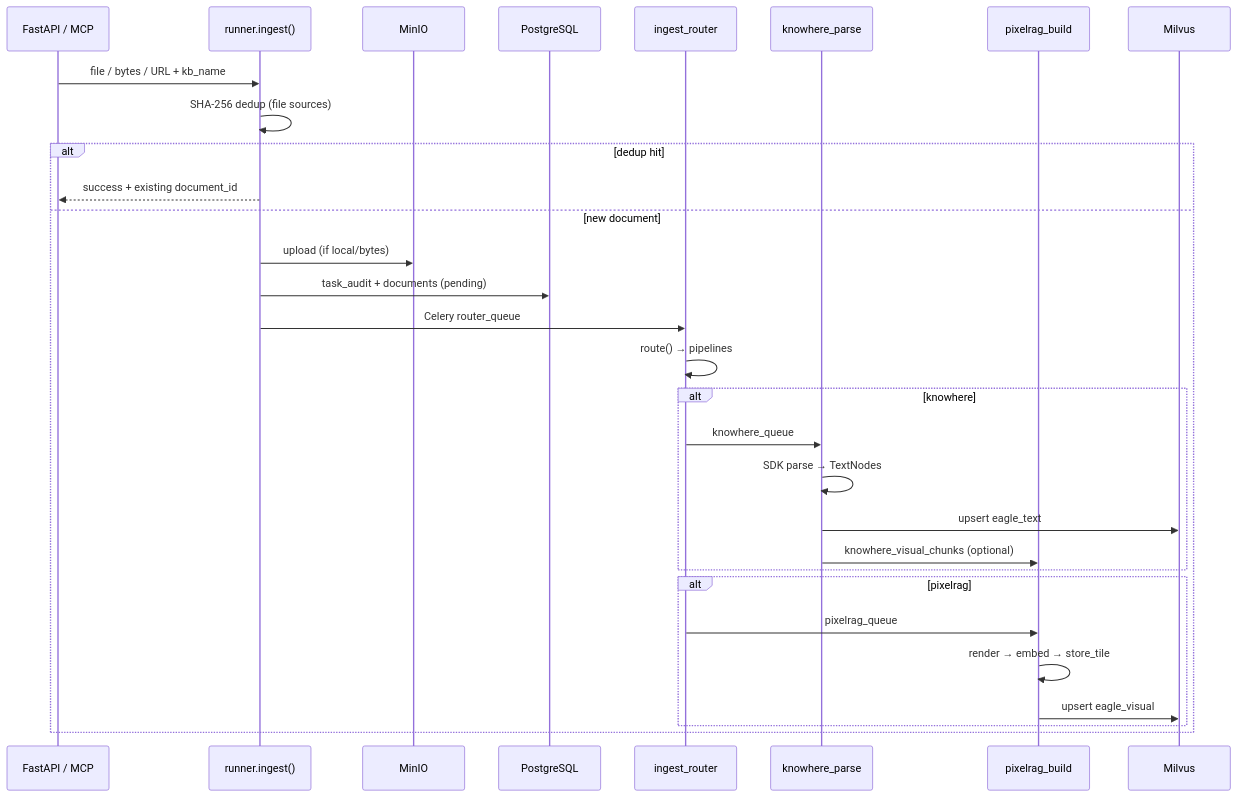
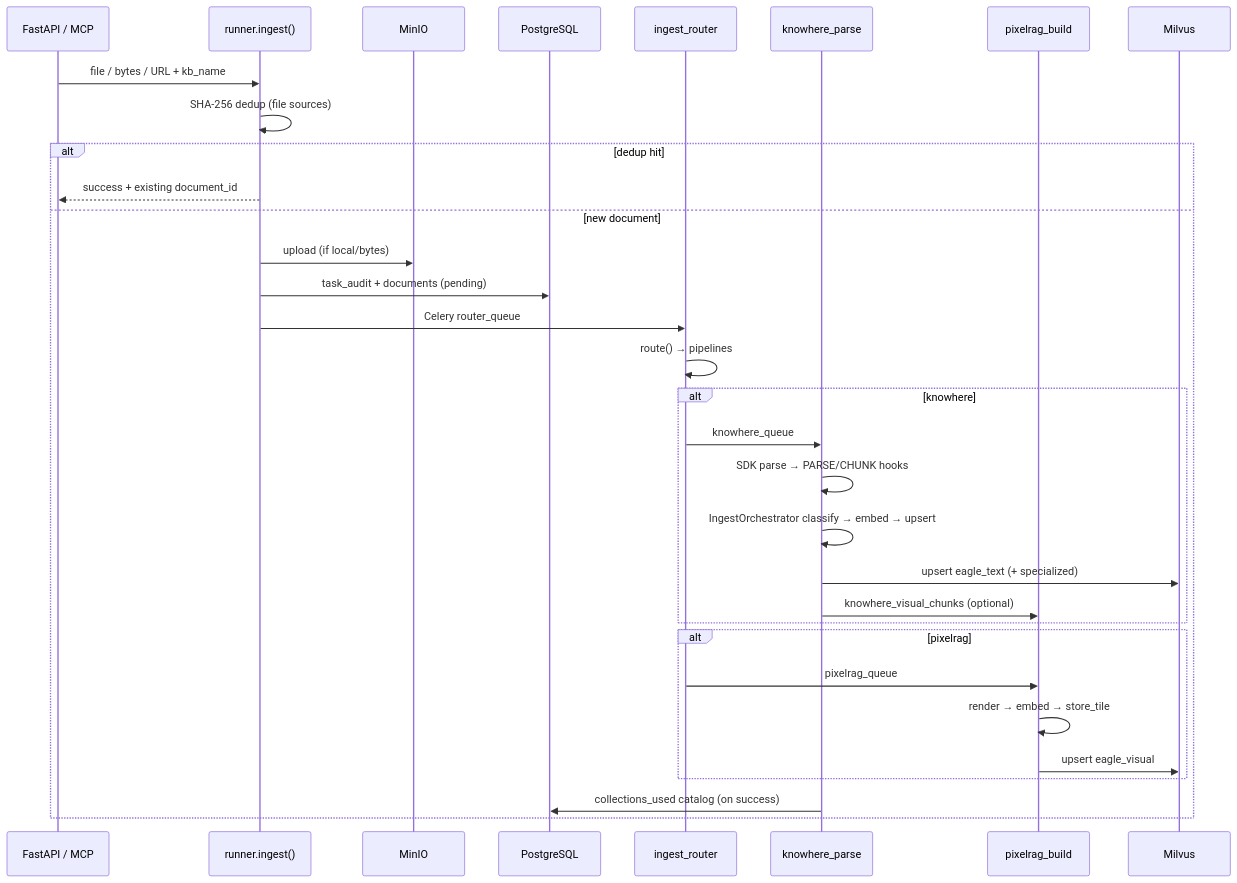
Before and after one commit to zhiweio/EagleRAG: the diagram in docs/en/backend/ingest-pipeline.md, drawn with Mermaid. The commit also changed other lines of this file and 249 other files, not shown here.

````diff
--- a/docs/en/backend/ingest-pipeline.md
+++ b/docs/en/backend/ingest-pipeline.md
@@ -41,33 +43,35 @@
 ```mermaid
 sequenceDiagram
     participant API as FastAPI / MCP
     participant Runner as runner.ingest()
     participant MinIO as MinIO
     participant PG as PostgreSQL
     participant Router as ingest_router
     participant KH as knowhere_parse
     participant PR as pixelrag_build
     participant MV as Milvus
 
     API->>Runner: file / bytes / URL + kb_name
     Runner->>Runner: SHA-256 dedup (file sources)
     alt dedup hit
         Runner-->>API: success + existing document_id
     else new document
         Runner->>MinIO: upload (if local/bytes)
         Runner->>PG: task_audit + documents (pending)
         Runner->>Router: Celery router_queue
         Router->>Router: route() → pipelines
         alt knowhere
             Router->>KH: knowhere_queue
-            KH->>KH: SDK parse → TextNodes
-            KH->>MV: upsert eagle_text
+            KH->>KH: SDK parse → PARSE/CHUNK hooks
+            KH->>KH: IngestOrchestrator classify → embed → upsert
+            KH->>MV: upsert eagle_text (+ specialized)
             KH->>PR: knowhere_visual_chunks (optional)
         end
         alt pixelrag
             Router->>PR: pixelrag_queue
             PR->>PR: render → embed → store_tile
             PR->>MV: upsert eagle_visual
         end
+        KH->>PG: collections_used catalog (on success)
     end
 ```
````
